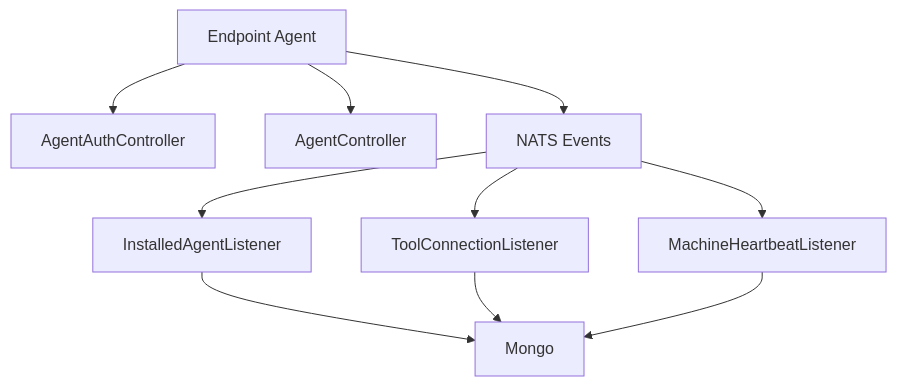
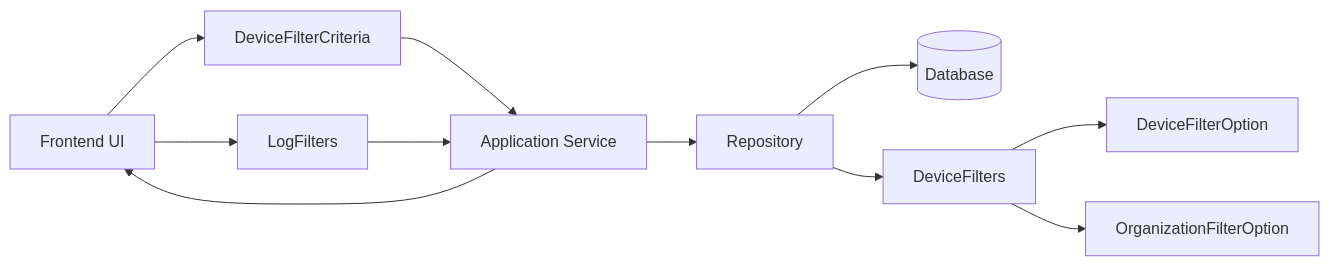
One commit to flamingo-stack/openframe-oss-lib changed the fifth of 7 diagrams in docs/reference/architecture/README.md. Above: the diagram before and after it, drawn with Mermaid. The commit also changed other lines of this file and 17 other files, not shown here.

Commit message:
docs: Stage 2 - Architecture analysis (3 files) [skip ci]

````diff
--- a/docs/reference/architecture/README.md
+++ b/docs/reference/architecture/README.md
@@ -176,14 +225,30 @@
 ```mermaid
-flowchart TD
-    Agent["Endpoint Agent"] --> Auth["AgentAuthController"]
-    Agent --> Register["AgentController"]
-    Agent --> NATS["NATS Events"]
+flowchart LR
+    UI["Frontend UI"]
 
-    NATS --> Installed["InstalledAgentListener"]
-    NATS --> ToolConn["ToolConnectionListener"]
-    NATS --> Heartbeat["MachineHeartbeatListener"]
+    DeviceCriteria["DeviceFilterCriteria"]
+    LogFilters["LogFilters"]
 
-    Installed --> Mongo
-    ToolConn --> Mongo
-    Heartbeat --> Mongo
+    Service["Application Service"]
+    Repo["Repository"]
+    DB[("Database")]
+
+    DeviceFilters["DeviceFilters"]
+    DeviceOption["DeviceFilterOption"]
+    OrgOption["OrganizationFilterOption"]
+
+    UI --> DeviceCriteria
+    UI --> LogFilters
+
+    DeviceCriteria --> Service
+    LogFilters --> Service
+
+    Service --> Repo
+    Repo --> DB
+
+    Repo --> DeviceFilters
+    DeviceFilters --> DeviceOption
+    DeviceFilters --> OrgOption
+
+    Service --> UI
 ```
````
